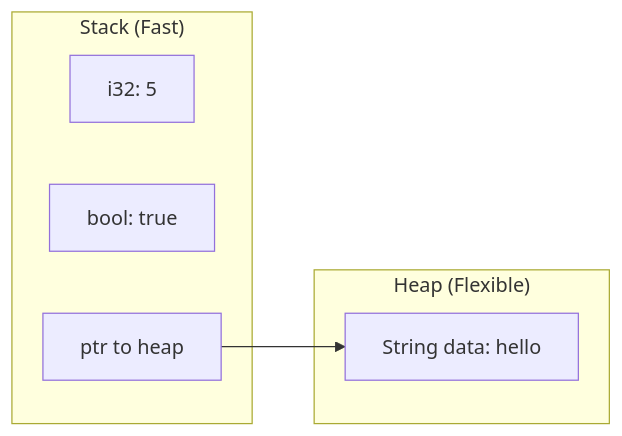
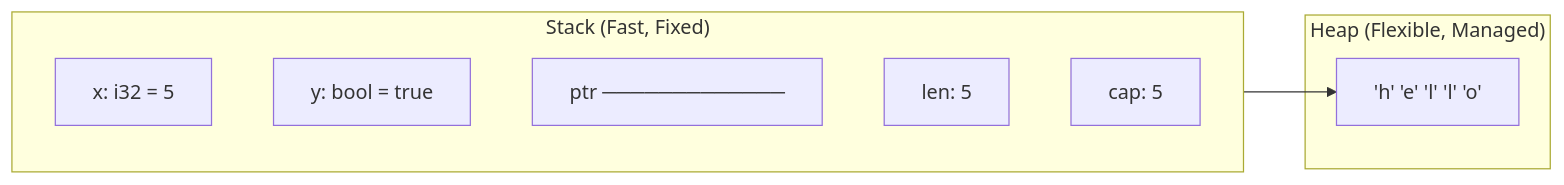
One commit to MichaelTien8901/rust-guide-tutorial changed the fourth of 14 diagrams in part2/03-ownership.md. Above: the diagram before and after it, drawn with Mermaid. The commit also changed other lines of this file and 2 other files, not shown here.

````diff
--- a/part2/03-ownership.md
+++ b/part2/03-ownership.md
@@ -29,14 +92,17 @@
 ```mermaid
-graph LR
-    subgraph Stack["Stack (Fast)"]
-        A[i32: 5]
-        B[bool: true]
-        C[ptr to heap]
+flowchart LR
+    subgraph Stack["Stack (Fast, Fixed)"]
+        direction TB
+        S1["x: i32 = 5"]
+        S2["y: bool = true"]
+        S3["ptr ─────────────"]
+        S4["len: 5"]
+        S5["cap: 5"]
     end
 
-    subgraph Heap["Heap (Flexible)"]
-        D["String data: hello"]
+    subgraph Heap["Heap (Flexible, Managed)"]
+        H1["'h' 'e' 'l' 'l' 'o'"]
     end
 
-    C --> D
+    S3 --> H1
 ```
````
